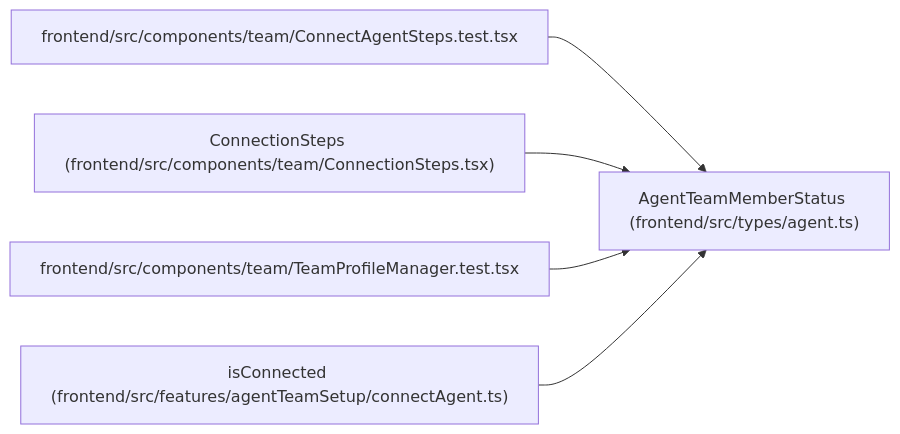
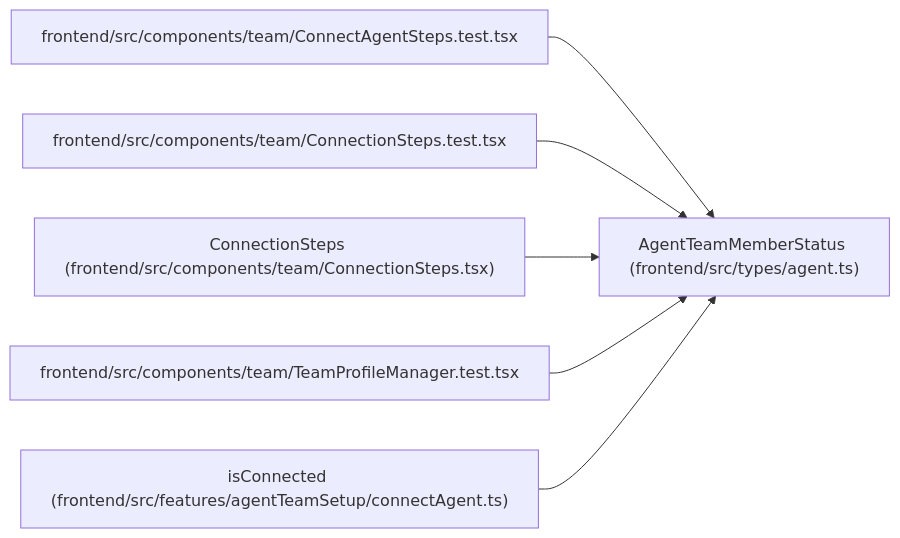
The diagram in docs/llm_wiki/entities/types_agent_AgentTeamMemberStatus.md (Denissvgn/WorkChord), drawn with Mermaid before and after one commit. The commit also changed other lines of this file and 722 other files, not shown here.

Commit message:
Sync the architectural wiki for the onboarding runtime instance

````diff
--- a/docs/llm_wiki/entities/types_agent_AgentTeamMemberStatus.md
+++ b/docs/llm_wiki/entities/types_agent_AgentTeamMemberStatus.md
@@ -53,17 +54,20 @@
 ```mermaid
 flowchart LR
     n0["AgentTeamMemberStatus (frontend/src/types/agent.ts)"]
     n1["frontend/src/components/team/ConnectAgentSteps.test.tsx"]
-    n2["ConnectionSteps (frontend/src/components/team/ConnectionSteps.tsx)"]
-    n3["frontend/src/components/team/TeamProfileManager.test.tsx"]
-    n4["isConnected (frontend/src/features/agentTeamSetup/connectAgent.ts)"]
+    n2["frontend/src/components/team/ConnectionSteps.test.tsx"]
+    n3["ConnectionSteps (frontend/src/components/team/ConnectionSteps.tsx)"]
+    n4["frontend/src/components/team/TeamProfileManager.test.tsx"]
+    n5["isConnected (frontend/src/features/agentTeamSetup/connectAgent.ts)"]
     n1 --> n0
     n2 --> n0
     n3 --> n0
     n4 --> n0
+    n5 --> n0
     click n0 "../modules/types_agent.md"
     click n1 "../modules/ConnectAgentSteps.test.md"
-    click n2 "../modules/ConnectionSteps.md"
-    click n3 "../modules/TeamProfileManager.test.md"
-    click n4 "../modules/connectAgent.md"
+    click n2 "../modules/ConnectionSteps.test.md"
+    click n3 "../modules/ConnectionSteps.md"
+    click n4 "../modules/TeamProfileManager.test.md"
+    click n5 "../modules/connectAgent.md"
 ```
````
